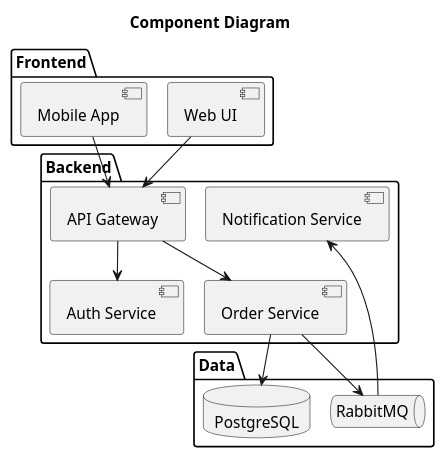
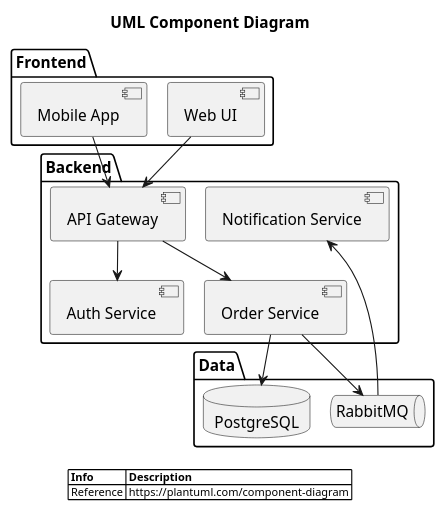
Before and after one commit to diosaraiva/plantuml-gui: the diagram in plantuml-gui-java/src/main/resources/plantuml/samples/uml_component.puml, drawn with PlantUML. The commit also changed 27 other files, not shown here.

```diff
--- a/plantuml-gui-java/src/main/resources/plantuml/samples/uml_component.puml
+++ b/plantuml-gui-java/src/main/resources/plantuml/samples/uml_component.puml
@@ -1,29 +1,43 @@
 @startuml
 !pragma layout smetana
-title Component Diagram
 
+title UML Component Diagram
+
+' ---- Customizations ----
+skinparam legendBackgroundColor #white
+skinparam legendBorderColor #white
+skinparam legendFontSize 10
+
+' ---- Elements ----
 package "Frontend" {
   [Web UI] as UI
   [Mobile App] as Mobile
 }
 
 package "Backend" {
   [API Gateway] as GW
   [Auth Service] as Auth
   [Order Service] as Order
   [Notification Service] as Notif
 }
 
 package "Data" {
   database "PostgreSQL" as DB
   queue "RabbitMQ" as MQ
 }
 
+' ---- Relations ----
 UI --> GW
 Mobile --> GW
 GW --> Auth
 GW --> Order
 Order --> DB
 Order --> MQ
 MQ --> Notif
+
+legend
+|= Info |= Description |
+| Reference | https://plantuml.com/component-diagram |
+endlegend
+
 @enduml
```
